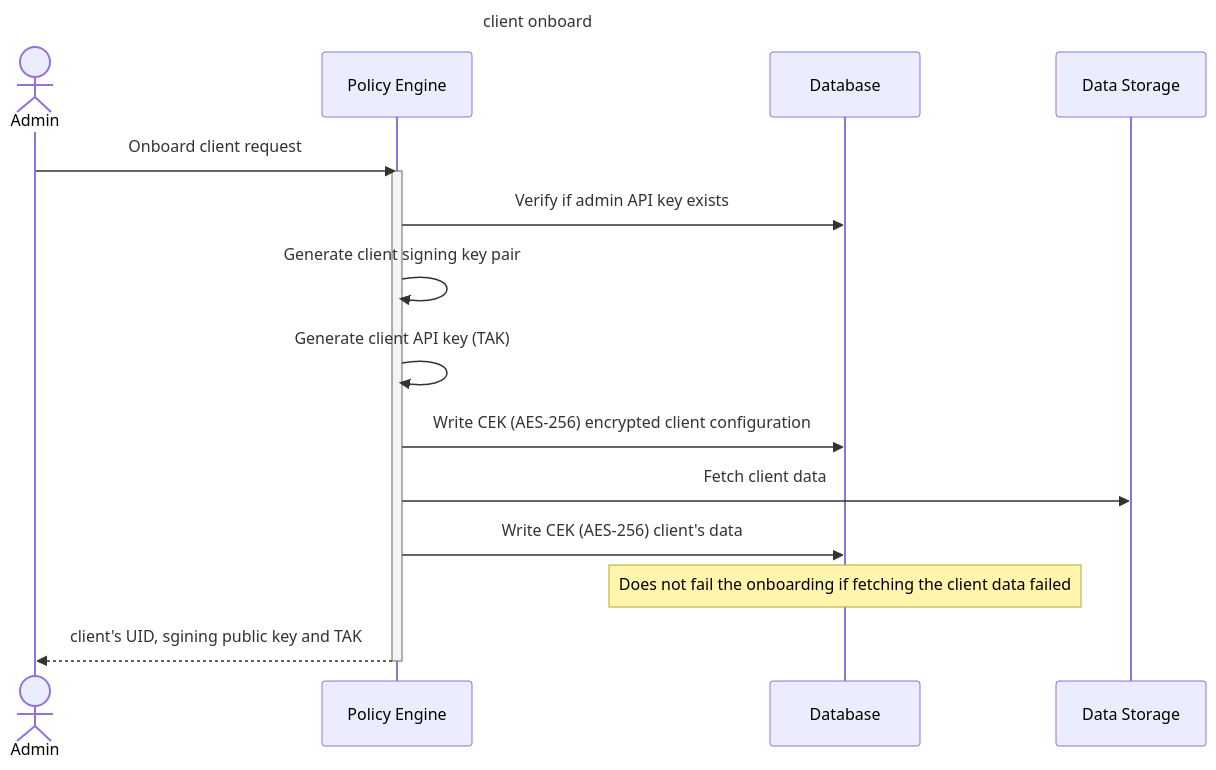
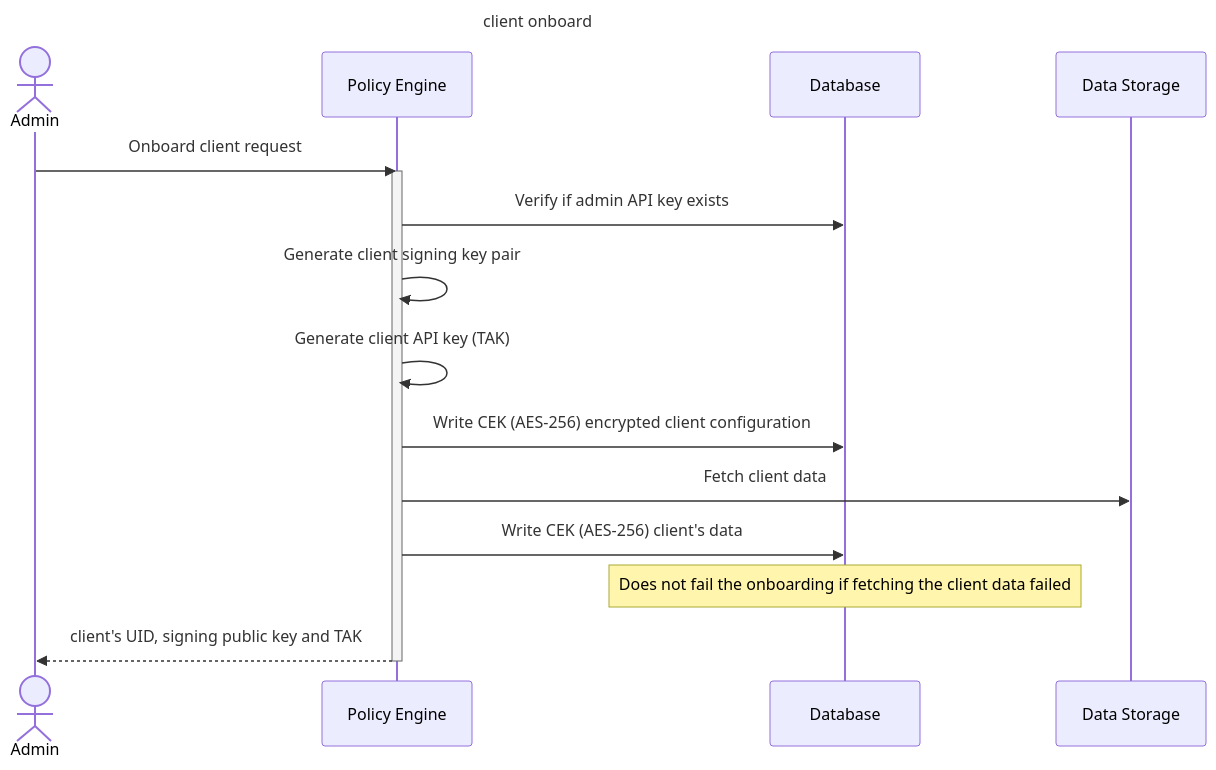
One commit to narval-xyz/armory changed the fourth of 5 diagrams in apps/docs/docs/contributing/policy-engine-setup.md. Above: the diagram before and after it, drawn with Mermaid.

Commit message:
fix typo policy-engine-setup.md
"sgining public key" -> "signing public key"

````diff
--- a/apps/docs/docs/contributing/policy-engine-setup.md
+++ b/apps/docs/docs/contributing/policy-engine-setup.md
@@ -109,21 +109,21 @@
 ```mermaid
 sequenceDiagram
   title client onboard
 
   actor Admin
   participant Engine as Policy Engine
   participant DB as Database
   participant DS as Data Storage
 
   Admin ->> Engine: Onboard client request
   activate Engine
   Engine ->> DB: Verify if admin API key exists
   Engine ->> Engine: Generate client signing key pair
   Engine ->> Engine: Generate client API key (TAK)
   Engine ->> DB: Write CEK (AES-256) encrypted client configuration
   Engine ->> DS: Fetch client data
   Engine ->> DB: Write CEK (AES-256) client's data
   Note over DB: Does not fail the onboarding if fetching the client data failed
-  Engine -->> Admin: client's UID, sgining public key and TAK
+  Engine -->> Admin: client's UID, signing public key and TAK
   deactivate Engine
 ```
````
